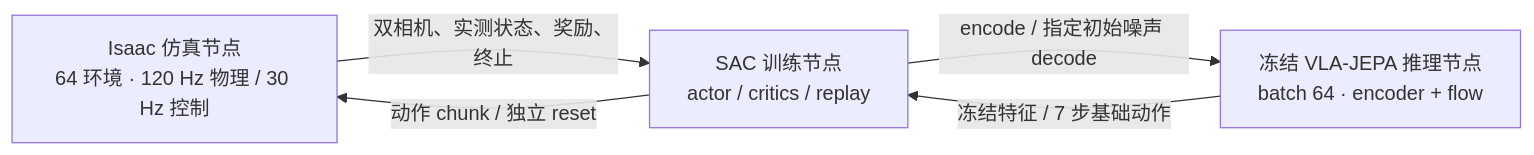
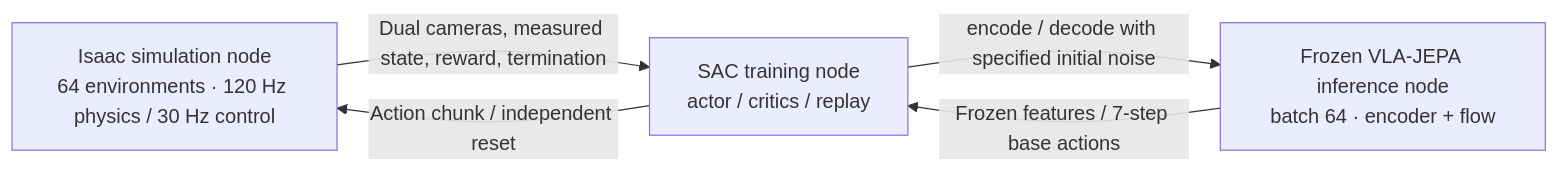
Before and after one commit to pgq18/PressB: the diagram in README.md, drawn with Mermaid. The commit also changed other lines of this file and 3 other files, not shown here.

````diff
--- a/README.md
+++ b/README.md
@@ -189,10 +191,10 @@
 ```mermaid
 flowchart LR
-  S["Isaac 仿真节点<br/>64 环境 · 120 Hz 物理 / 30 Hz 控制"]
-  L["SAC 训练节点<br/>actor / critics / replay"]
-  I["冻结 VLA-JEPA 推理节点<br/>batch 64 · encoder + flow"]
-  L -->|"动作 chunk / 独立 reset"| S
-  S -->|"双相机、实测状态、奖励、终止"| L
-  L -->|"encode / 指定初始噪声 decode"| I
-  I -->|"冻结特征 / 7 步基础动作"| L
+  S["Isaac simulation node<br/>64 environments · 120 Hz physics / 30 Hz control"]
+  L["SAC training node<br/>actor / critics / replay"]
+  I["Frozen VLA-JEPA inference node<br/>batch 64 · encoder + flow"]
+  L -->|"Action chunk / independent reset"| S
+  S -->|"Dual cameras, measured state, reward, termination"| L
+  L -->|"encode / decode with specified initial noise"| I
+  I -->|"Frozen features / 7-step base actions"| L
 ```
````
